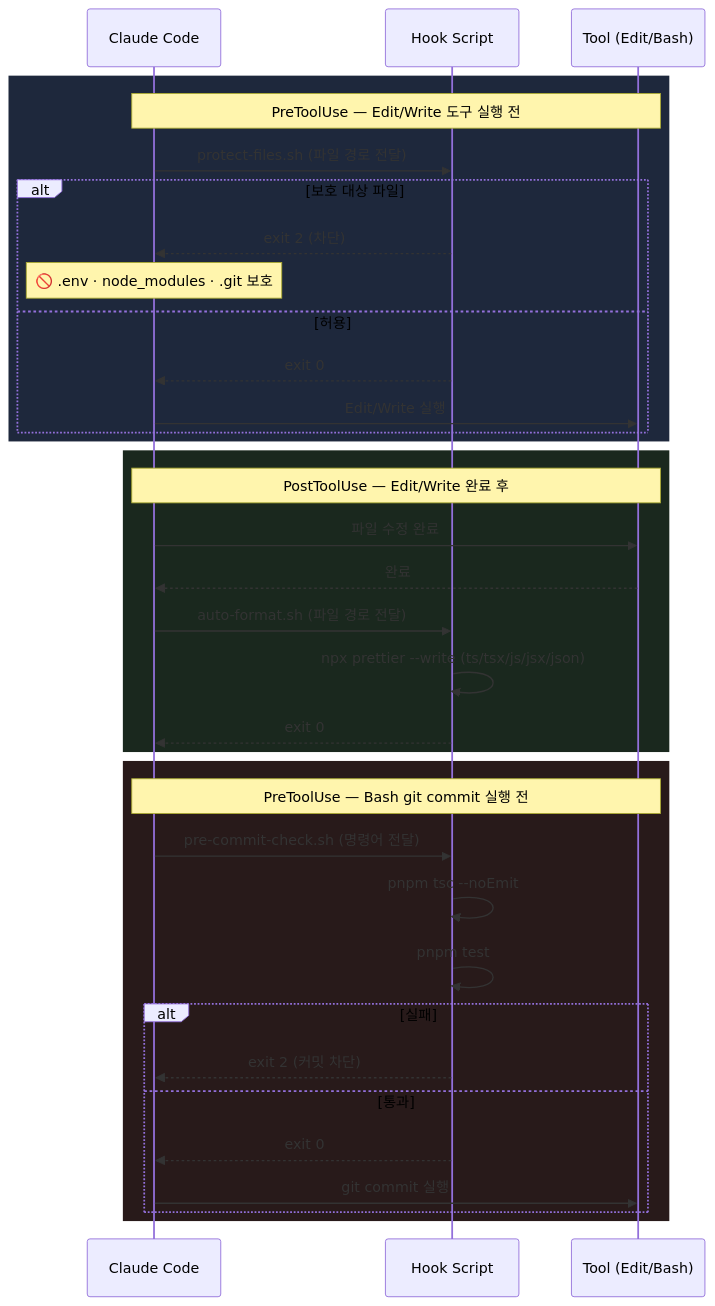
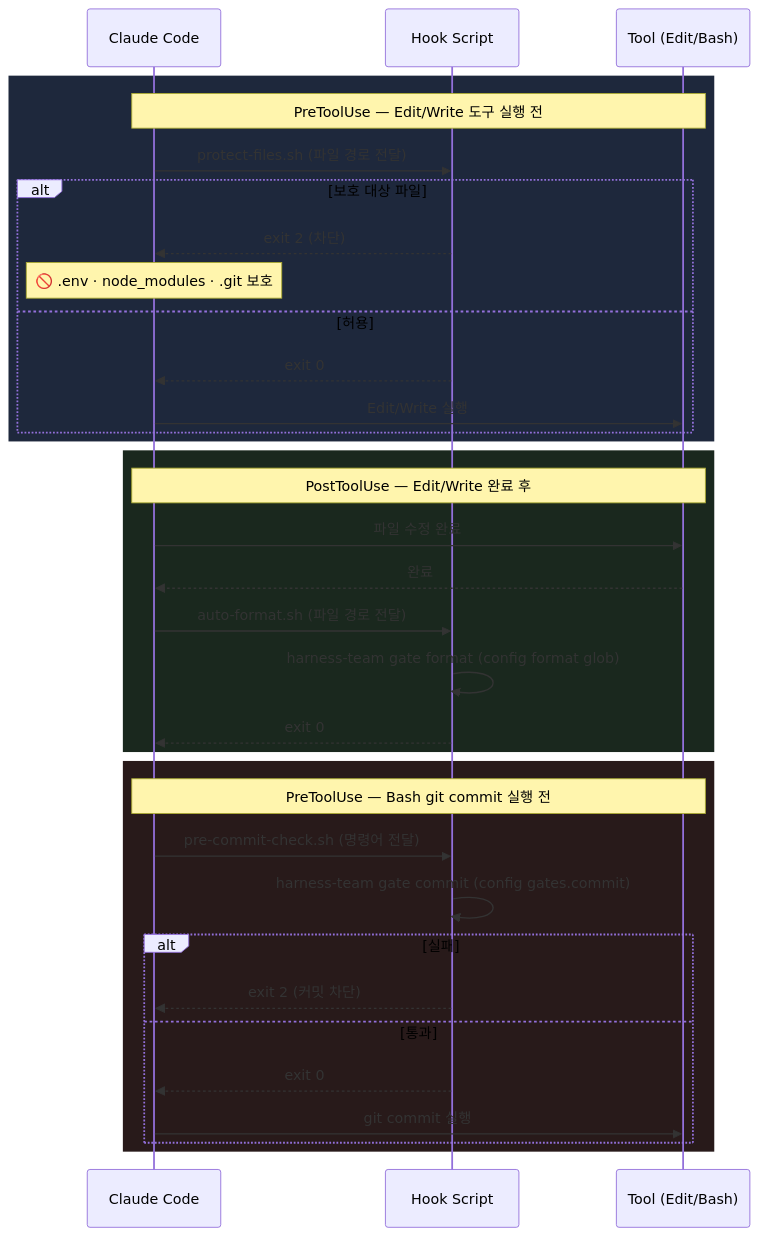
Before and after one commit to bd-makers/team-harness: the diagram in docs/diagrams/harness-overview/hooks.mmd, drawn with Mermaid. The commit also changed 5 other files, not shown here.

```diff
--- a/docs/diagrams/harness-overview/hooks.mmd
+++ b/docs/diagrams/harness-overview/hooks.mmd
@@ -1,38 +1,37 @@
 sequenceDiagram
     participant Claude as Claude Code
     participant Hook as Hook Script
     participant Tool as Tool (Edit/Bash)
 
     rect rgb(30, 40, 60)
         Note over Claude,Tool: PreToolUse — Edit/Write 도구 실행 전
         Claude->>Hook: protect-files.sh (파일 경로 전달)
         alt 보호 대상 파일
             Hook-->>Claude: exit 2 (차단)
             Note over Claude: 🚫 .env · node_modules · .git 보호
         else 허용
             Hook-->>Claude: exit 0
             Claude->>Tool: Edit/Write 실행
         end
     end
 
     rect rgb(26, 40, 30)
         Note over Claude,Tool: PostToolUse — Edit/Write 완료 후
         Claude->>Tool: 파일 수정 완료
         Tool-->>Claude: 완료
         Claude->>Hook: auto-format.sh (파일 경로 전달)
-        Hook->>Hook: npx prettier --write (ts/tsx/js/jsx/json)
+        Hook->>Hook: harness-team gate format (config format glob)
         Hook-->>Claude: exit 0
     end
 
     rect rgb(40, 26, 26)
         Note over Claude,Tool: PreToolUse — Bash git commit 실행 전
         Claude->>Hook: pre-commit-check.sh (명령어 전달)
-        Hook->>Hook: pnpm tsc --noEmit
-        Hook->>Hook: pnpm test
+        Hook->>Hook: harness-team gate commit (config gates.commit)
         alt 실패
             Hook-->>Claude: exit 2 (커밋 차단)
         else 통과
             Hook-->>Claude: exit 0
             Claude->>Tool: git commit 실행
         end
     end
```
